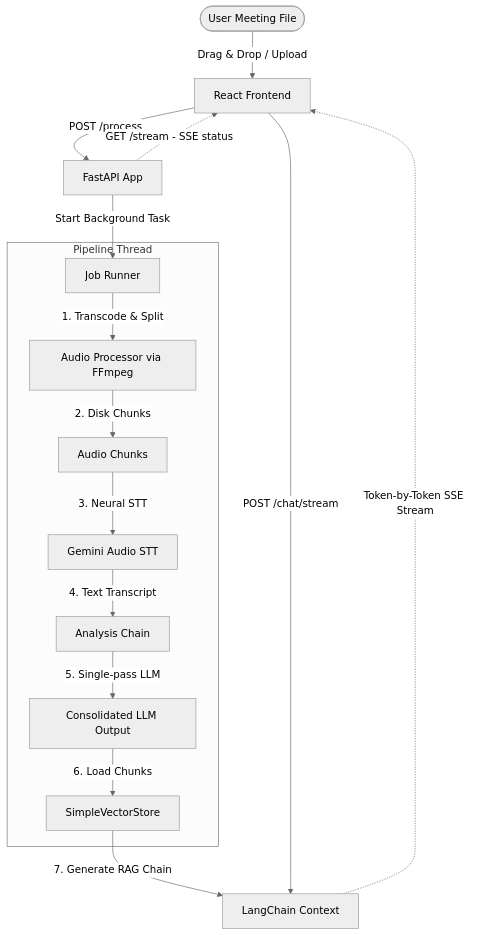
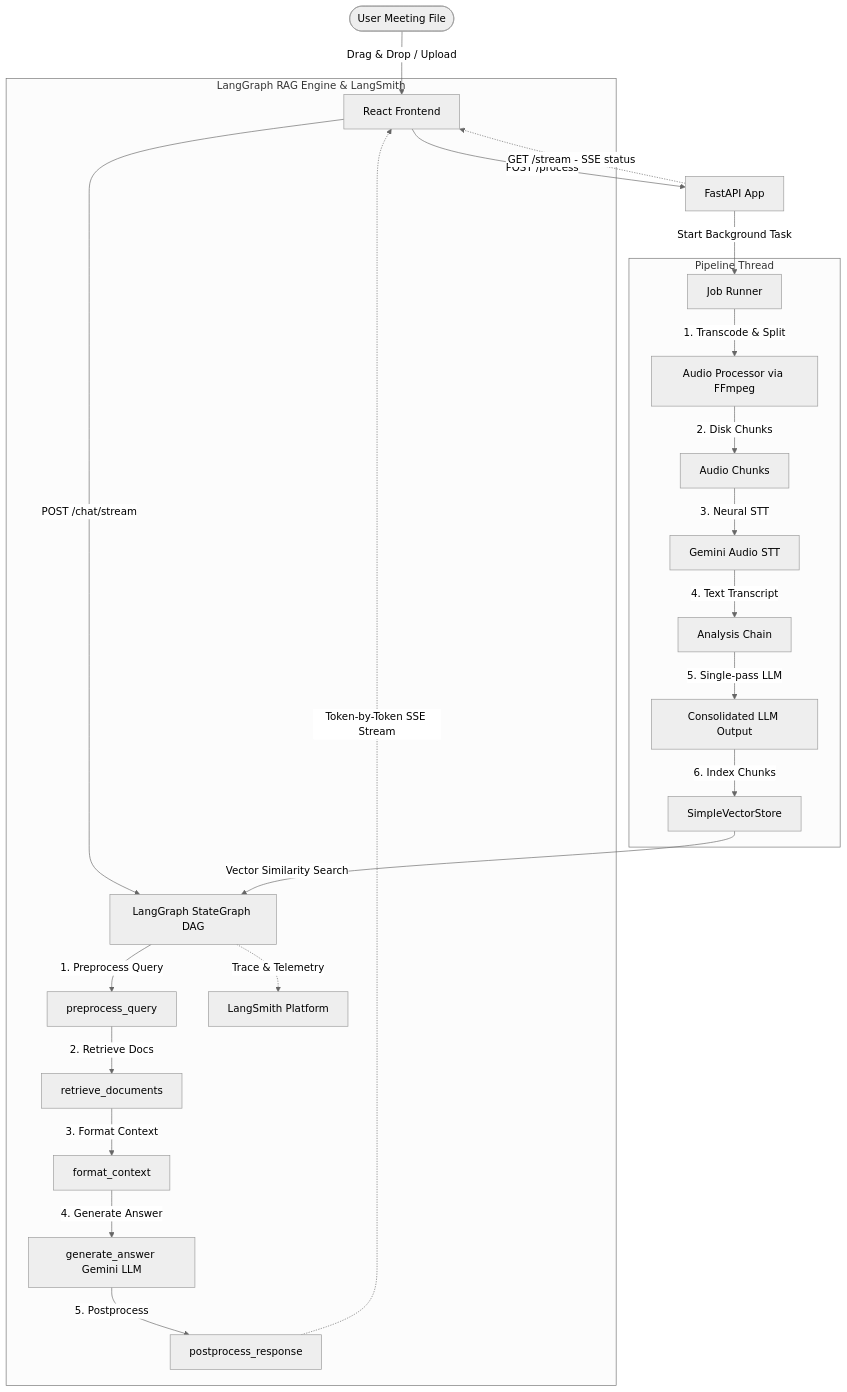
The first of 2 diagrams in README.md (piyuskumar-dev/MeetMind-AI), drawn with Mermaid (neutral theme) before and after one commit. The commit also changed other lines of this file and 17 other files, not shown here.

````diff
--- a/README.md
+++ b/README.md
@@ -54,20 +54,30 @@
 ```mermaid
 graph TD
     User([User Meeting File]) -->|Drag & Drop / Upload| React[React Frontend]
     React -->|POST /process| FastAPI[FastAPI App]
     FastAPI -->|Start Background Task| Job[Job Runner]
     
     subgraph Pipeline Thread
         Job -->|1. Transcode & Split| Audio[Audio Processor via FFmpeg]
         Audio -->|2. Disk Chunks| AudioChunks[Audio Chunks]
         AudioChunks -->|3. Neural STT| GeminiSTT[Gemini Audio STT]
         GeminiSTT -->|4. Text Transcript| Summarizer[Analysis Chain]
         Summarizer -->|5. Single-pass LLM| Extractor[Consolidated LLM Output]
-        Extractor -->|6. Load Chunks| VectorDB[SimpleVectorStore]
+        Extractor -->|6. Index Chunks| VectorDB[SimpleVectorStore]
     end
     
     FastAPI -.->|GET /stream - SSE status| React
-    VectorDB -->|7. Generate RAG Chain| RAGChain[LangChain Context]
-    React -->|POST /chat/stream| RAGChain
-    RAGChain -.->|Token-by-Token SSE Stream| React
+
+    subgraph LangGraph RAG Engine & LangSmith
+        React -->|POST /chat/stream| LG[LangGraph StateGraph DAG]
+        VectorDB -->|Vector Similarity Search| LG
+        LG -->|1. Preprocess Query| LG_Pre[preprocess_query]
+        LG_Pre -->|2. Retrieve Docs| LG_Ret[retrieve_documents]
+        LG_Ret -->|3. Format Context| LG_Fmt[format_context]
+        LG_Fmt -->|4. Generate Answer| LG_Gen[generate_answer Gemini LLM]
+        LG_Gen -->|5. Postprocess| LG_Post[postprocess_response]
+        LG -.->|Trace & Telemetry| LS[LangSmith Platform]
+    end
+
+    LG_Post -.->|Token-by-Token SSE Stream| React
 ```
````
